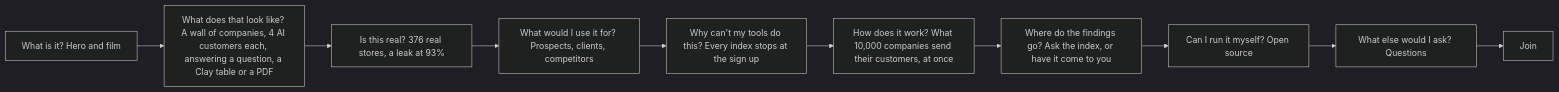
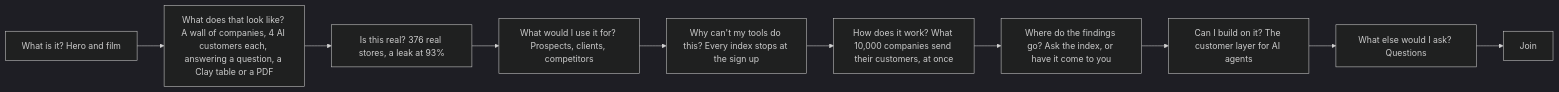
One commit to UseObsession/homepage changed the second of 2 diagrams in COPY.md. Above: the diagram before and after it, drawn with Mermaid (dark theme). The commit also changed other lines of this file and 1 other file, not shown here.

First line of the commit message:
Home: the customer layer for AI agents, as the developer line under the index

````diff
--- a/COPY.md
+++ b/COPY.md
@@ -163,11 +163,11 @@
 ```mermaid
 flowchart LR
   a["What is it? Hero and film"] --> l["What does that look like? A wall of companies, 4 AI customers each, answering a question, a Clay table or a PDF"]
   l --> b["Is this real? 376 real stores, a leak at 93%"]
   b --> e["What would I use it for? Prospects, clients, competitors"]
   e --> d["Why can't my tools do this? Every index stops at the sign up"]
   d --> c["How does it work? What 10,000 companies send their customers, at once"]
   c --> c2["Where do the findings go? Ask the index, or have it come to you"]
-  c2 --> o["Can I run it myself? Open source"]
+  c2 --> o["Can I build on it? The customer layer for AI agents"]
   o --> j["What else would I ask? Questions"] --> k["Join"]
 ```
````
